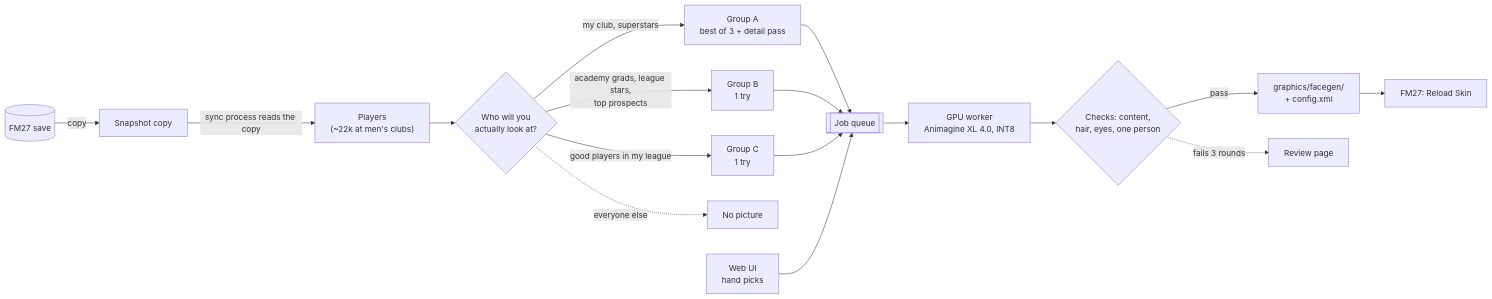
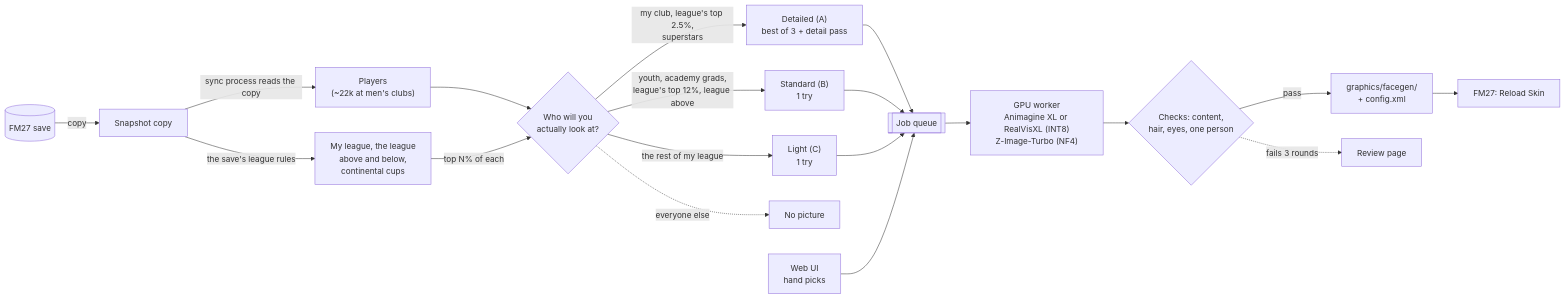
One commit to junepaykim/face-generator changed the first of 2 diagrams in README.md. Above: the diagram before and after it, drawn with Mermaid. The commit also changed other lines of this file and 21 other files, not shown here.

````diff
--- a/README.md
+++ b/README.md
@@ -60,19 +68,21 @@
 ```mermaid
 flowchart LR
     save[("FM27 save")] -->|"copy"| snap["Snapshot copy"]
     snap -->|"sync process reads the copy"| players["Players<br/>(~22k at men's clubs)"]
+    snap -->|"the save's league rules"| leagues["My league, the league<br/>above and below,<br/>continental cups"]
     players --> who{"Who will you<br/>actually look at?"}
-    who -->|"my club, superstars"| A["Group A<br/>best of 3 + detail pass"]
-    who -->|"academy grads, league stars,<br/>top prospects"| B["Group B<br/>1 try"]
-    who -->|"good players in my league"| C["Group C<br/>1 try"]
+    leagues -->|"top N% of each"| who
+    who -->|"my club, league's top 2.5%,<br/>superstars"| A["Detailed (A)<br/>best of 3 + detail pass"]
+    who -->|"youth, academy grads,<br/>league's top 12%, league above"| B["Standard (B)<br/>1 try"]
+    who -->|"the rest of my league"| C["Light (C)<br/>1 try"]
     who -.->|"everyone else"| skip["No picture"]
     A --> queue[["Job queue"]]
     B --> queue
     C --> queue
     ui["Web UI<br/>hand picks"] --> queue
-    queue --> gpu["GPU worker<br/>Animagine XL 4.0, INT8"]
+    queue --> gpu["GPU worker<br/>Animagine XL or RealVisXL (INT8)<br/>Z-Image-Turbo (NF4)"]
     gpu --> check{"Checks: content,<br/>hair, eyes, one person"}
     check -->|"pass"| pub["graphics/facegen/<br/>+ config.xml"]
     check -.->|"fails 3 rounds"| review["Review page"]
     pub --> fm["FM27: Reload Skin"]
 ```
````
